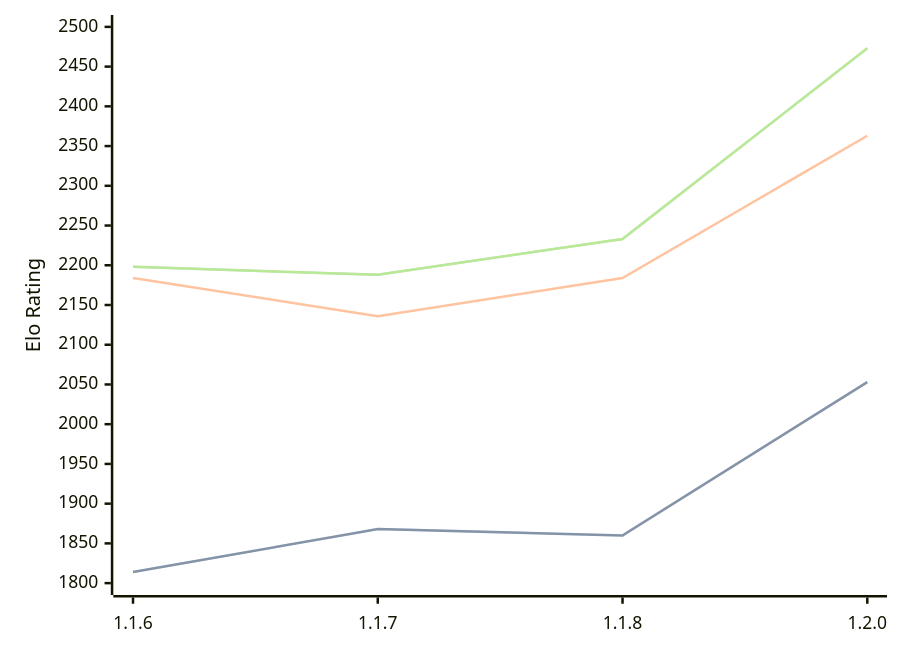
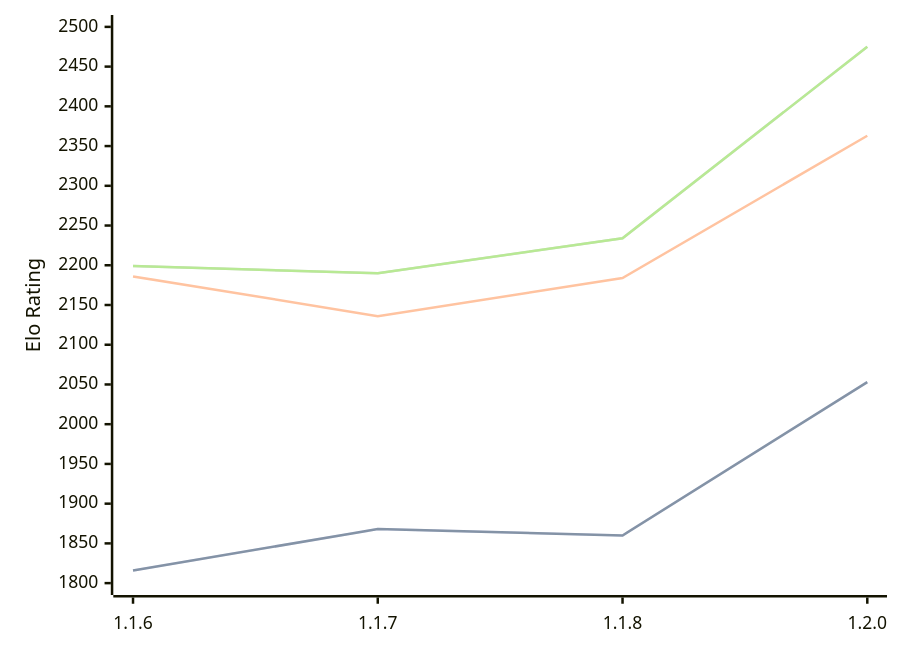
Before and after one commit to computer-chess-index/cci: the diagram in engines/Soomi.md, drawn with Mermaid. The commit also changed other lines of this file, not shown here.

Commit message:
Update CCI Ratings (ELO VLTC) - 2026-04-19

````diff
--- a/engines/Soomi.md
+++ b/engines/Soomi.md
@@ -34,11 +34,11 @@
 ```mermaid
 %%{init: {"theme":"base","themeVariables":{"seriesColors:['#a3a3a3','#222221','#faa371']}}}%%
 xychart-beta
   x-axis ["1.1.6", "1.1.7", "1.1.8", "1.2.0"]
   y-axis "Elo Rating" 1800 --> 2500
-  line "STC (8.0+0.08s)" [1814, 1868, 1860, 2053]
-  line "STC (8.0+0.08s)" [1814, 1868, 1860, 2053]
-  line "LTC (60.0+0.60s)" [2184, 2136, 2184, 2363]
-  line "VLTC (2m24s+1.12s)" [2198, 2188, 2233, 2473]
-  line "VLTC (2m24s+1.12s)" [2198, 2188, 2233, 2473]
+  line "STC (8.0+0.08s)" [1816, 1868, 1860, 2053]
+  line "STC (8.0+0.08s)" [1816, 1868, 1860, 2053]
+  line "LTC (60.0+0.60s)" [2186, 2136, 2184, 2363]
+  line "VLTC (2m24s+1.12s)" [2199, 2190, 2234, 2475]
+  line "VLTC (2m24s+1.12s)" [2199, 2190, 2234, 2475]
 ```
````
